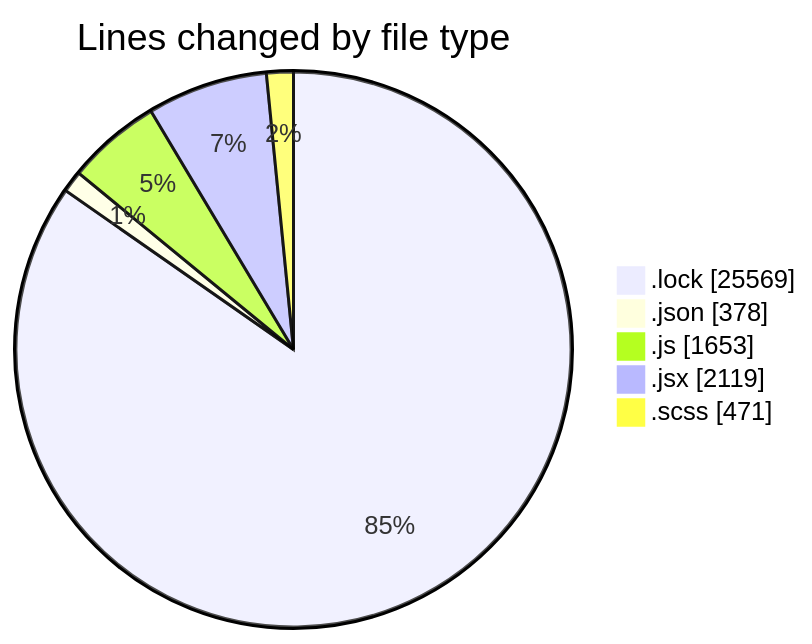
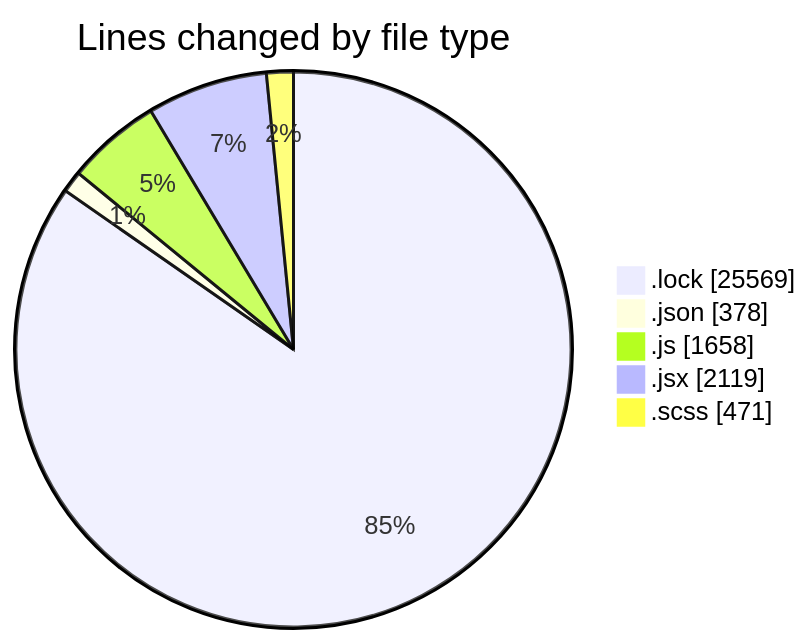
The first of 2 diagrams in 2026-01-07/cda/README.md (momahboobian/code-tracking), drawn with Mermaid before and after one commit. The commit also changed other lines of this file and 1 other file, not shown here.

````diff
--- a/2026-01-07/cda/README.md
+++ b/2026-01-07/cda/README.md
@@ -50,9 +50,9 @@
 ```mermaid
 pie showData
 title Lines changed by file type
 ".lock" : 25569
 ".json" : 378
-".js" : 1653
+".js" : 1658
 ".jsx" : 2119
 ".scss" : 471
 ```
````
